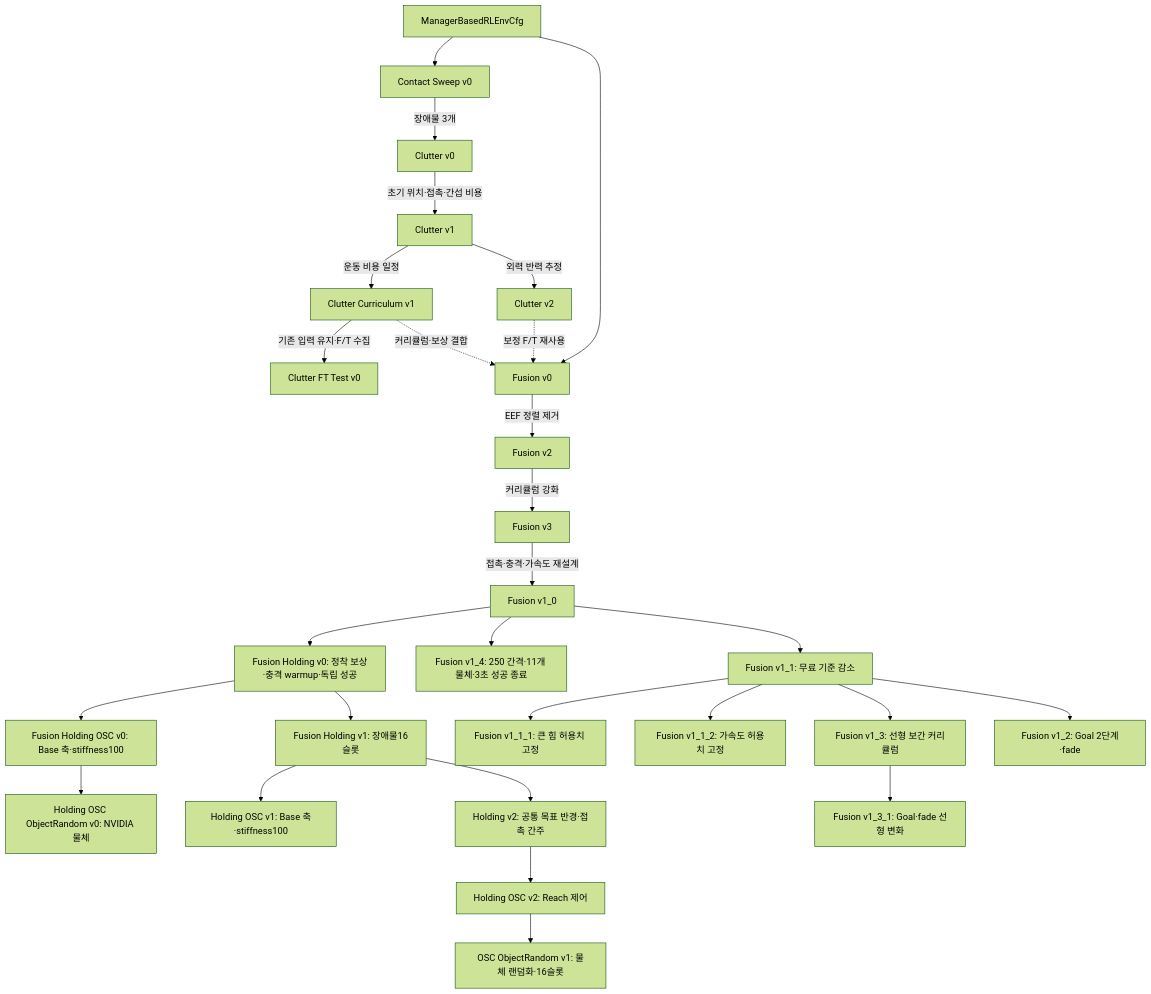
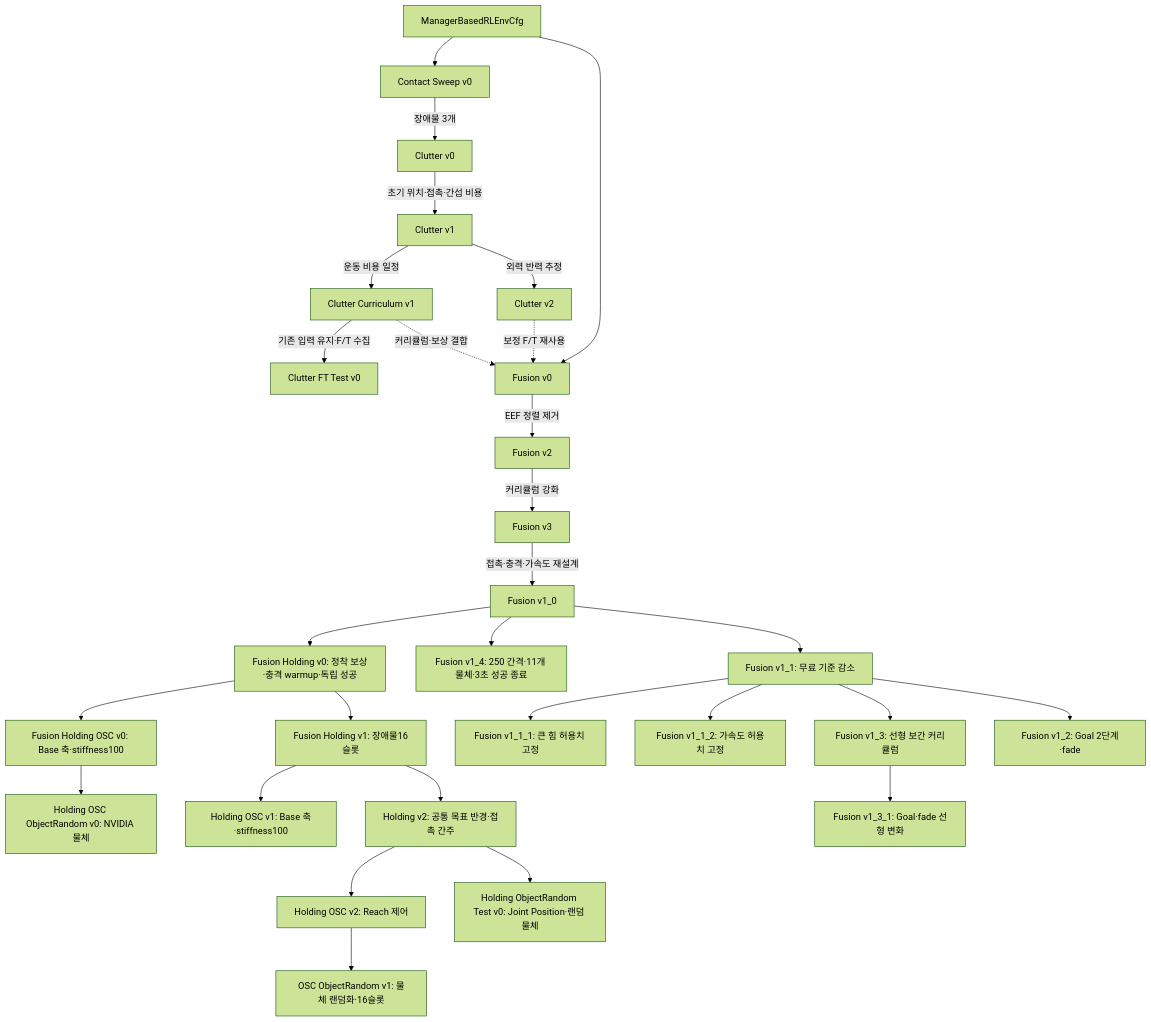
The fourth of 4 diagrams in 02_implementation/environments/ENVIRONMENT_EVOLUTION.md (7cmdehdrb/Contact-Rich-Manipulation-Context), drawn with Mermaid (forest theme) before and after one commit. The commit also changed other lines of this file and 9 other files, not shown here.

First line of the commit message:
feat: Add Holding ObjectRandom Test v0 and update related environments

````diff
--- a/02_implementation/environments/ENVIRONMENT_EVOLUTION.md
+++ b/02_implementation/environments/ENVIRONMENT_EVOLUTION.md
@@ -115,41 +115,42 @@
 ```mermaid
 flowchart TD
     M["ManagerBasedRLEnvCfg"]
     C["Contact Sweep v0"]
     C0["Clutter v0"]
     C1["Clutter v1"]
     CC["Clutter Curriculum v1"]
     C2["Clutter v2"]
     FT["Clutter FT Test v0"]
     F0["Fusion v0"]
     F2["Fusion v2"]
     F3["Fusion v3"]
     F10["Fusion v1_0"]
     F10 --> FH["Fusion Holding v0: 정착 보상·충격 warmup·독립 성공"]
     FH --> FHO["Fusion Holding OSC v0: Base 축·stiffness100"]
     FHO --> FHOR["Holding OSC ObjectRandom v0: NVIDIA 물체"]
     FH --> FH1["Fusion Holding v1: 장애물16슬롯"]
     FH1 --> FHO1["Holding OSC v1: Base 축·stiffness100"]
     FH1 --> FH2["Holding v2: 공통 목표 반경·접촉 간주"]
     FH2 --> FHO2["Holding OSC v2: Reach 제어"]
+    FH2 --> FHJRT["Holding ObjectRandom Test v0: Joint Position·랜덤 물체"]
     FHO2 --> FHOR1["OSC ObjectRandom v1: 물체 랜덤화·16슬롯"]
     F10 --> F14["Fusion v1_4: 250 간격·11개 물체·3초 성공 종료"]
     F10 --> F11["Fusion v1_1: 무료 기준 감소"]
     F11 --> F111["Fusion v1_1_1: 큰 힘 허용치 고정"]
     F11 --> F112["Fusion v1_1_2: 가속도 허용치 고정"]
     F11 --> F13["Fusion v1_3: 선형 보간 커리큘럼"]
     F13 --> F131["Fusion v1_3_1: Goal·fade 선형 변화"]
     F11 --> F12["Fusion v1_2: Goal 2단계·fade"]
     M --> C
     C -->|"장애물 3개"| C0
     C0 -->|"초기 위치·접촉·간섭 비용"| C1
     C1 -->|"운동 비용 일정"| CC
     C1 -->|"외력 반력 추정"| C2
     CC -->|"기존 입력 유지·F/T 수집"| FT
     M --> F0
     CC -. "커리큘럼·보상 결합" .-> F0
     C2 -. "보정 F/T 재사용" .-> F0
     F0 -->|"EEF 정렬 제거"| F2
     F2 -->|"커리큘럼 강화"| F3
     F3 -->|"접촉·충격·가속도 재설계"| F10
 ```
````
